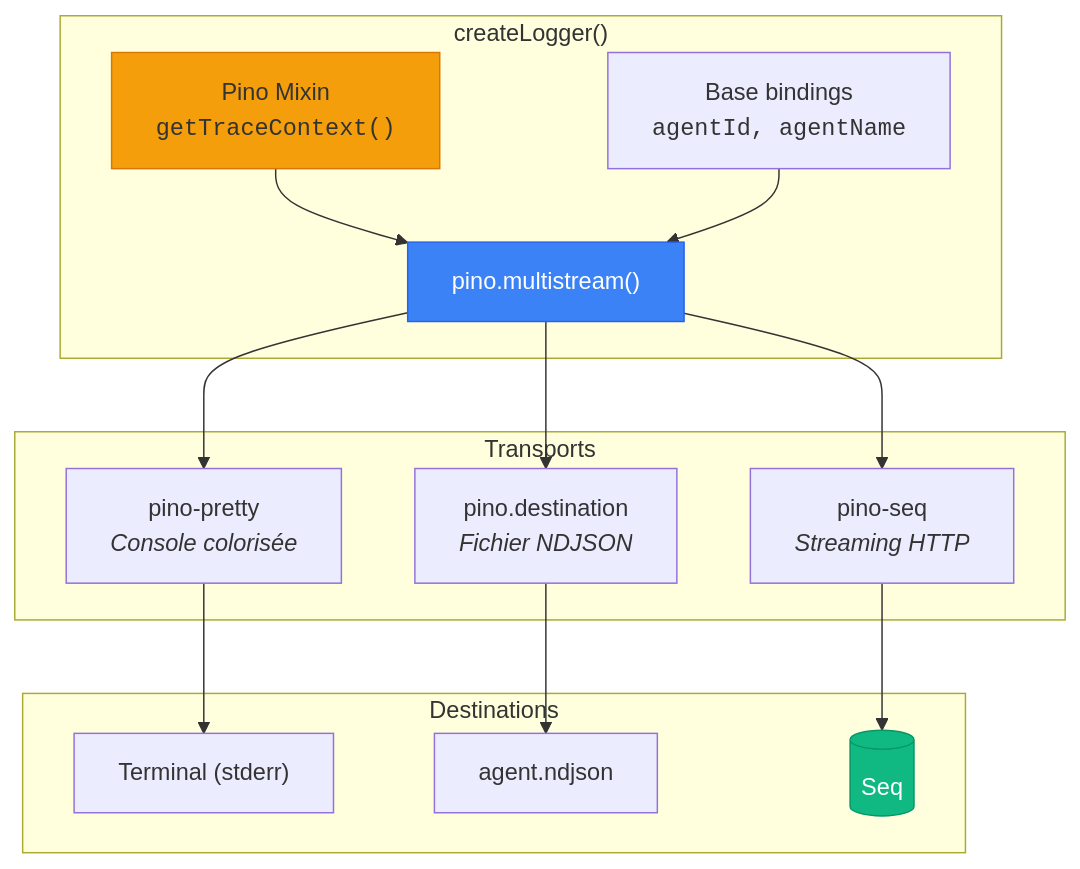
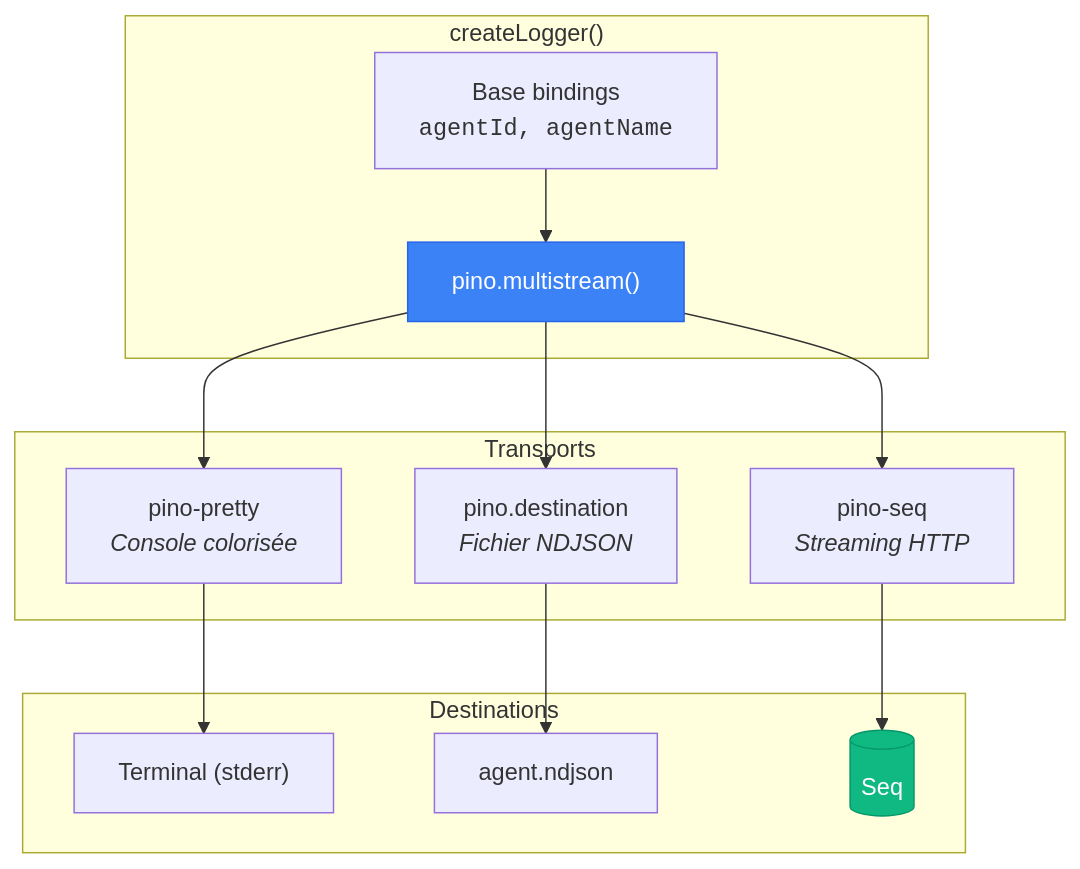
The first of 4 diagrams in docs/components/logger.md (atinseau/stark), drawn with Mermaid before and after one commit. The commit also changed other lines of this file and 13 other files, not shown here.

````diff
--- a/docs/components/logger.md
+++ b/docs/components/logger.md
@@ -26,30 +23,27 @@
 ```mermaid
 graph TB
     subgraph "createLogger()"
-        MX["Pino Mixin<br/><code>getTraceContext()</code>"]
         BASE["Base bindings<br/><code>agentId, agentName</code>"]
         MS["pino.multistream()"]
     end
 
     subgraph "Transports"
         PRETTY["pino-pretty<br/><em>Console colorisée</em>"]
         JSON["pino.destination<br/><em>Fichier NDJSON</em>"]
         SEQ_STREAM["pino-seq<br/><em>Streaming HTTP</em>"]
     end
 
     subgraph "Destinations"
         TERM["Terminal (stderr)"]
         FILE["agent.ndjson"]
         SEQ[(Seq)]
     end
 
-    MX --> MS
     BASE --> MS
     MS --> PRETTY --> TERM
     MS --> JSON --> FILE
     MS --> SEQ_STREAM --> SEQ
 
     style MS fill:#3b82f6,stroke:#2563eb,color:#fff
     style SEQ fill:#10b981,stroke:#059669,color:#fff
-    style MX fill:#f59e0b,stroke:#d97706
 ```
````
